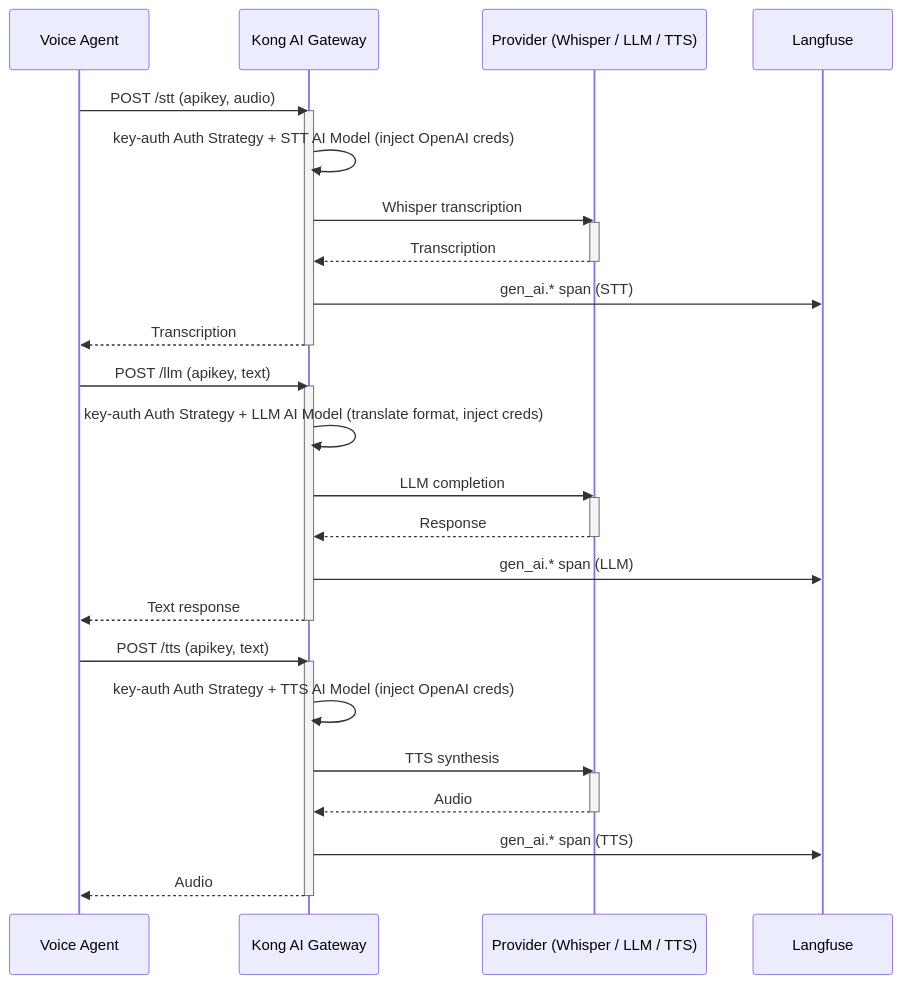
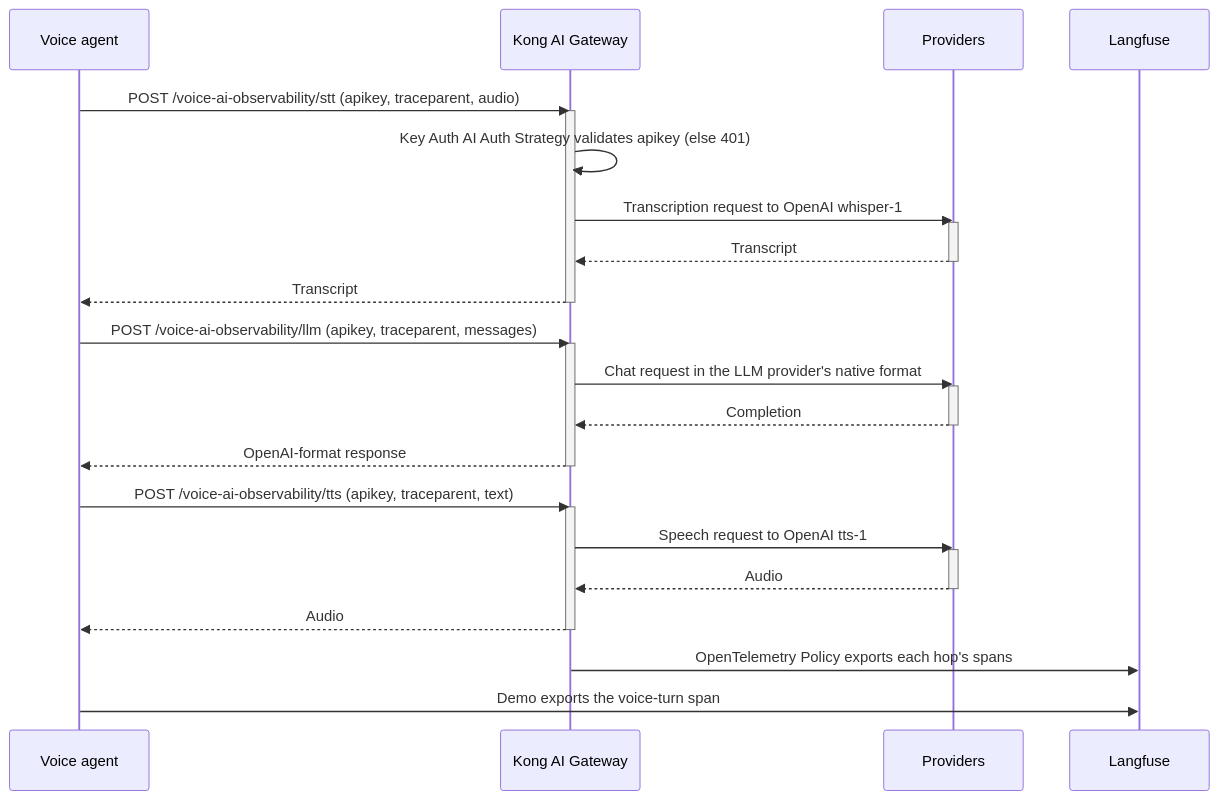
One commit to Kong/developer.konghq.com changed the diagram in app/_cookbooks/voice-ai-observability.md. Above: the diagram before and after it, drawn with Mermaid. The commit also changed other lines of this file and 22 other files, not shown here.

```diff
--- a/app/_cookbooks/voice-ai-observability.md
+++ b/app/_cookbooks/voice-ai-observability.md
@@ -249,40 +1890,35 @@
 {% mermaid %}
 sequenceDiagram
-    participant V as Voice Agent
+    participant V as Voice agent
     participant K as Kong AI Gateway
-    participant P as Provider (Whisper / LLM / TTS)
+    participant P as Providers
     participant Lf as Langfuse
 
-    V->>K: POST /stt (apikey, audio)
+    V->>K: POST /voice-ai-observability/stt (apikey, traceparent, audio)
     activate K
-    K->>K: key-auth Auth Strategy + STT AI Model (inject OpenAI creds)
-    K->>P: Whisper transcription
+    K->>K: Key Auth AI Auth Strategy validates apikey (else 401)
+    K->>P: Transcription request to OpenAI whisper-1
     activate P
-    P-->>K: Transcription
+    P-->>K: Transcript
     deactivate P
-    K->>Lf: gen_ai.* span (STT)
-    K-->>V: Transcription
+    K-->>V: Transcript
     deactivate K
-
-    V->>K: POST /llm (apikey, text)
+    V->>K: POST /voice-ai-observability/llm (apikey, traceparent, messages)
     activate K
-    K->>K: key-auth Auth Strategy + LLM AI Model (translate format, inject creds)
-    K->>P: LLM completion
+    K->>P: Chat request in the LLM provider's native format
     activate P
-    P-->>K: Response
+    P-->>K: Completion
     deactivate P
-    K->>Lf: gen_ai.* span (LLM)
-    K-->>V: Text response
+    K-->>V: OpenAI-format response
     deactivate K
-
-    V->>K: POST /tts (apikey, text)
+    V->>K: POST /voice-ai-observability/tts (apikey, traceparent, text)
     activate K
-    K->>K: key-auth Auth Strategy + TTS AI Model (inject OpenAI creds)
-    K->>P: TTS synthesis
+    K->>P: Speech request to OpenAI tts-1
     activate P
     P-->>K: Audio
     deactivate P
-    K->>Lf: gen_ai.* span (TTS)
     K-->>V: Audio
     deactivate K
+    K->>Lf: OpenTelemetry Policy exports each hop's spans
+    V->>Lf: Demo exports the voice-turn span
 {% endmermaid %}
```
